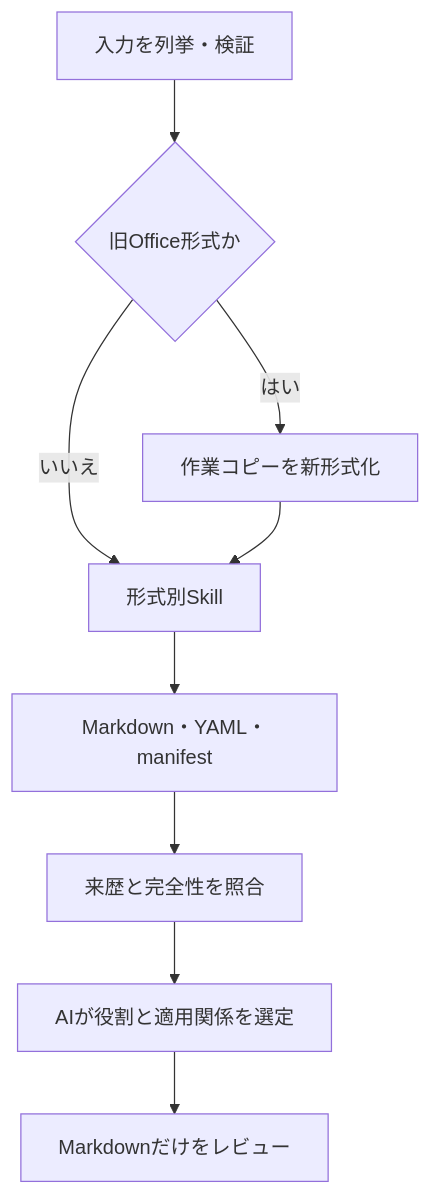
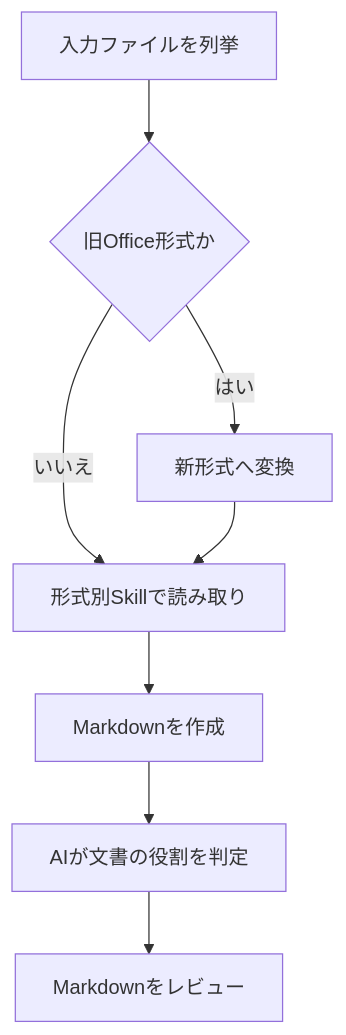
Before and after one commit to nyk98dk7nq-oss/CodexSkills-review: the diagram in README.md, drawn with Mermaid. The commit also changed other lines of this file, not shown here.

````diff
--- a/README.md
+++ b/README.md
@@ -114,11 +224,10 @@
 ```mermaid
 flowchart TD
-    A[入力を列挙・検証] --> B{旧Office形式か}
-    B -->|はい| C[作業コピーを新形式化]
-    B -->|いいえ| D[形式別Skill]
+    A[入力ファイルを列挙] --> B{旧Office形式か}
+    B -->|はい| C[新形式へ変換]
+    B -->|いいえ| D[形式別Skillで読み取り]
     C --> D
-    D --> E[Markdown・YAML・manifest]
-    E --> F[来歴と完全性を照合]
-    F --> G[AIが役割と適用関係を選定]
-    G --> H[Markdownだけをレビュー]
+    D --> E[Markdownを作成]
+    E --> F[AIが文書の役割を判定]
+    F --> G[Markdownをレビュー]
 ```
````
